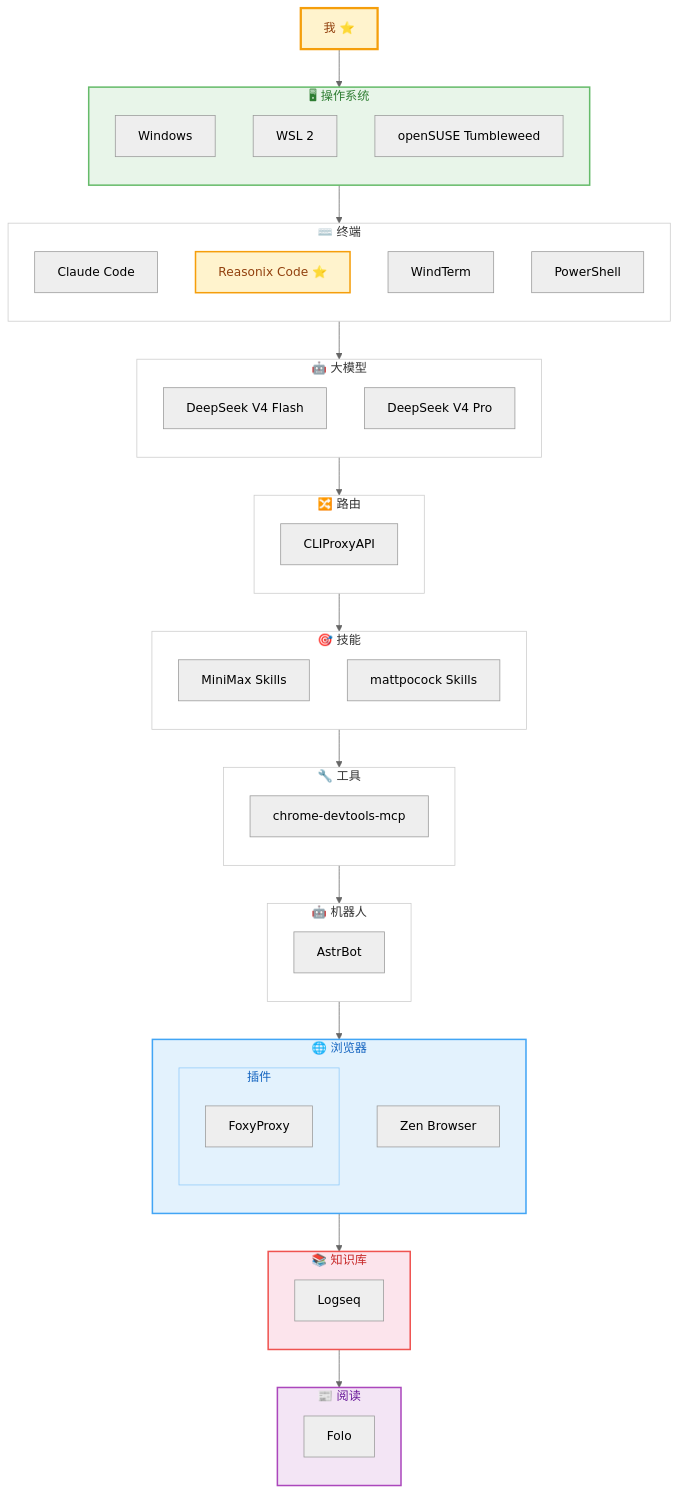
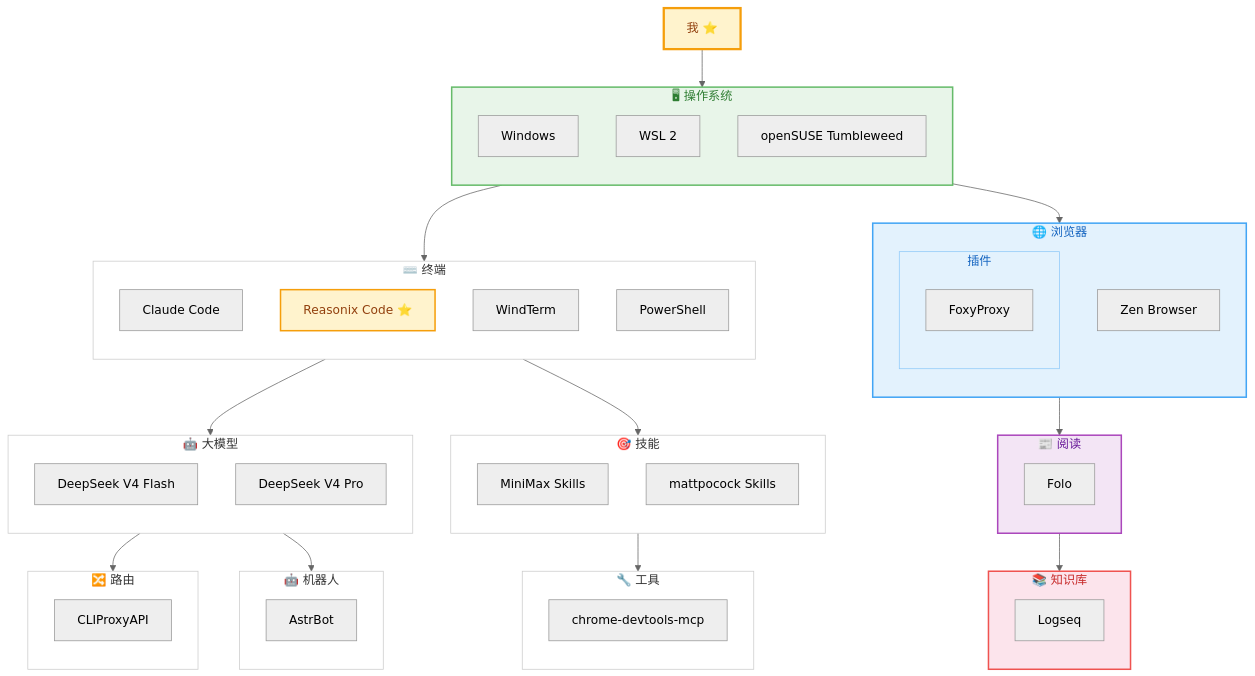
One commit to yuanxin518/ai-path changed the diagram in README.md. Above: the diagram before and after it, drawn with Mermaid (neutral theme). The commit also changed other lines of this file, not shown here.

Commit message:
refactor: 树状链路，每个节点出度≤2，保留关联关系

````diff
--- a/README.md
+++ b/README.md
@@ -100,12 +100,12 @@
 
     ME --> N00
     N00 --> N01
+    N00 --> N07
     N01 --> N02
+    N01 --> N04
     N02 --> N03
-    N03 --> N04
+    N02 --> N06
     N04 --> N05
-    N05 --> N06
-    N06 --> N07
-    N07 --> N08
-    N08 --> N09
+    N07 --> N09
+    N09 --> N08
 ```
````
